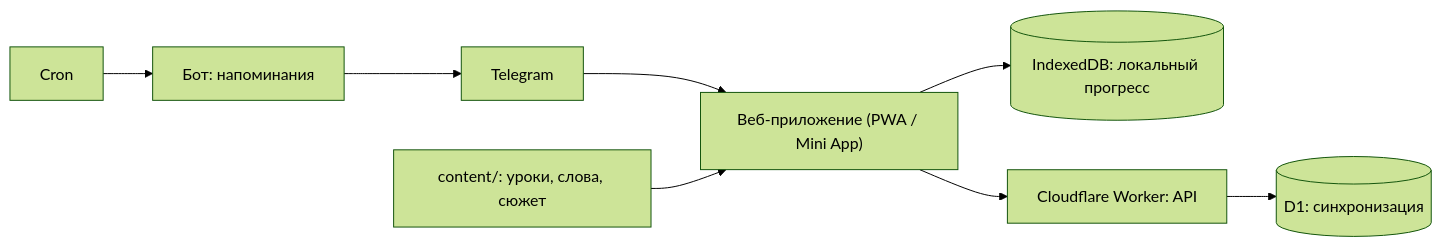
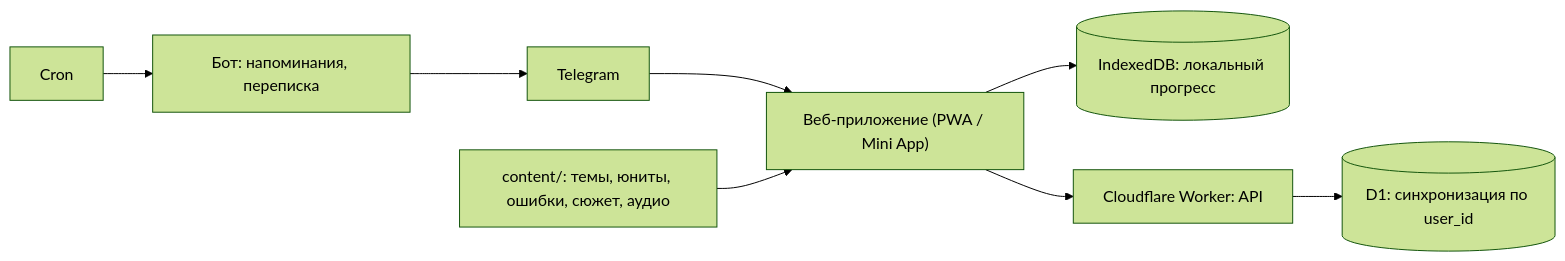
Before and after one commit to nook2b/english-learning: the second of 2 diagrams in docs/00-full-plan.md, drawn with Mermaid (forest theme). The commit also changed other lines of this file and 7 other files, not shown here.

````diff
--- a/docs/00-full-plan.md
+++ b/docs/00-full-plan.md
@@ -329,10 +510,10 @@
 ```mermaid
 flowchart LR
   TG["Telegram"] --> App["Веб-приложение (PWA / Mini App)"]
   App --> IDB[("IndexedDB: локальный прогресс")]
   App --> API["Cloudflare Worker: API"]
-  API --> D1[("D1: синхронизация")]
-  Cron["Cron"] --> Bot["Бот: напоминания"]
+  API --> D1[("D1: синхронизация по user_id")]
+  Cron["Cron"] --> Bot["Бот: напоминания, переписка"]
   Bot --> TG
-  Content["content/: уроки, слова, сюжет"] --> App
+  Content["content/: темы, юниты, ошибки, сюжет, аудио"] --> App
 ```
````
